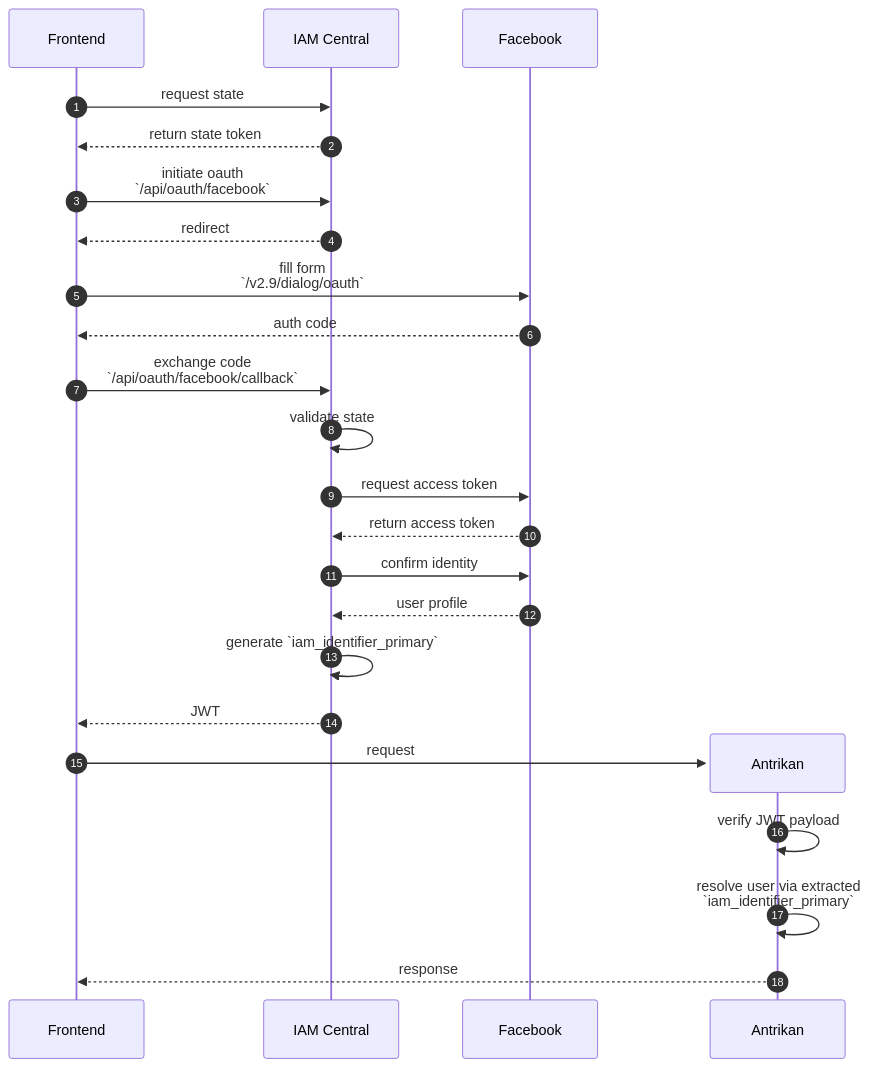
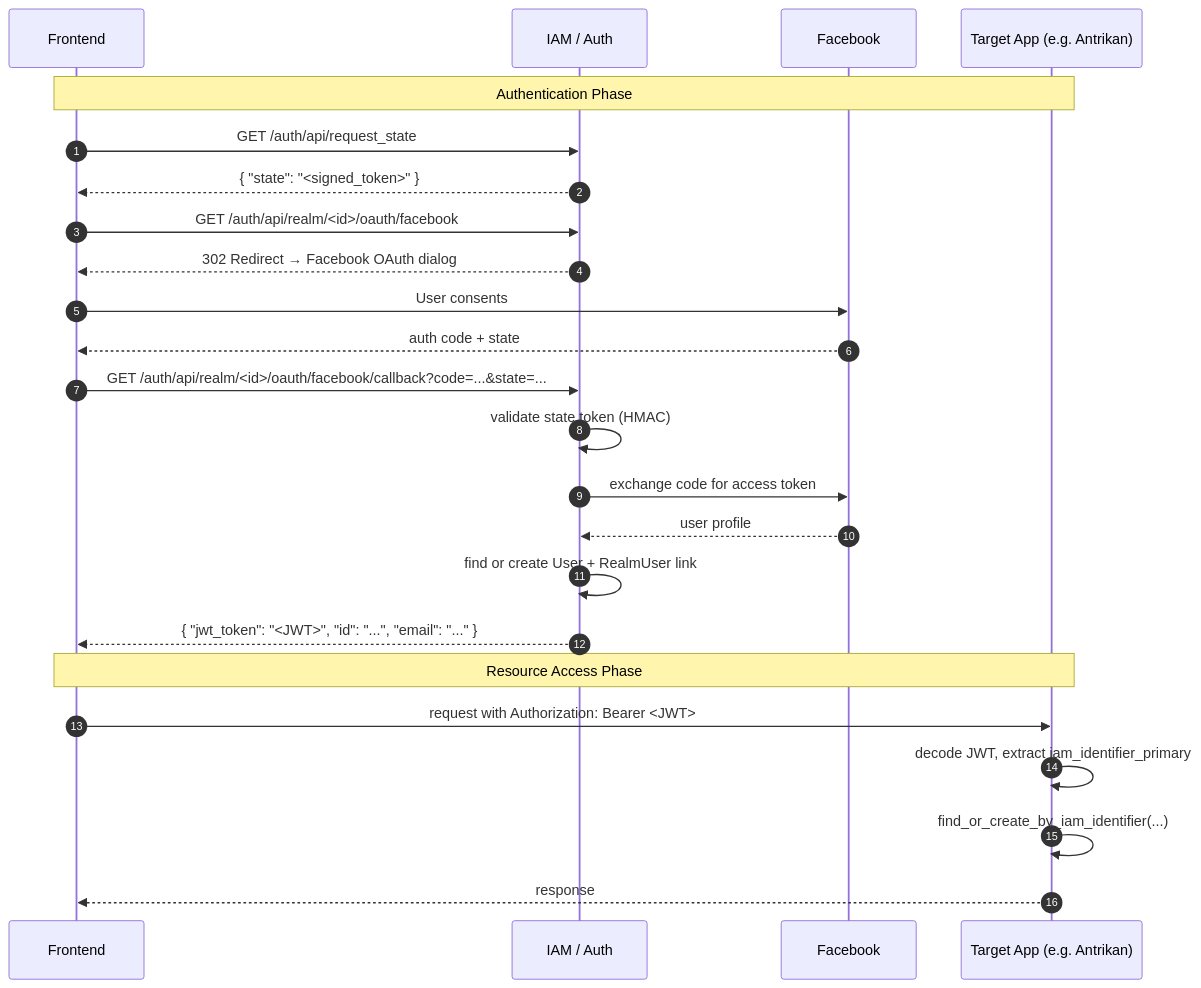
The first of 2 diagrams in backend/src/auth/README.md (systatum/ligo), drawn with Mermaid before and after one commit. The commit also changed other lines of this file and 41 other files, not shown here.

First line of the commit message:
[Feature] SYST-686: Introduce app realm with proper calling back mechanism (and rename the provider model) (#118)

````diff
--- a/backend/src/auth/README.md
+++ b/backend/src/auth/README.md
@@ -33,33 +37,32 @@
 ```mermaid
 sequenceDiagram
     autonumber
     participant Frontend
-    
-    participant IAMCentral as IAM Central
-    
+    participant IAM as IAM / Auth
     participant Facebook
+    participant TargetApp as Target App (e.g. Antrikan)
 
-    Frontend->>IAMCentral: request state
-    IAMCentral-->>Frontend: return state token
-    Frontend->>IAMCentral: initiate oauth<br/>`/api/oauth/facebook`
-    IAMCentral-->>Frontend: redirect
-    Frontend->>Facebook: fill form<br/>`/v2.9/dialog/oauth`
-    Facebook-->>Frontend: auth code
-    Frontend->>IAMCentral: exchange code<br/>`/api/oauth/facebook/callback`
-    
-    IAMCentral->>IAMCentral: validate state
-    IAMCentral->>Facebook: request access token
-    Facebook-->>IAMCentral: return access token
-    IAMCentral->>Facebook: confirm identity
-    Facebook-->>IAMCentral: user profile
-    
-    IAMCentral->>IAMCentral: generate `iam_identifier_primary`
-    IAMCentral-->>Frontend: JWT
+    Note over Frontend,TargetApp: Authentication Phase
 
-    create participant Antrikan
+    Frontend->>IAM: GET /auth/api/request_state
+    IAM-->>Frontend: { "state": "<signed_token>" }
 
-    Frontend->>Antrikan: request
-    Antrikan->>Antrikan: verify JWT payload
-    Antrikan->>Antrikan: resolve user via extracted<br/>`iam_identifier_primary`
-    Antrikan-->>Frontend: response
+    Frontend->>IAM: GET /auth/api/realm/<id>/oauth/facebook
+    IAM-->>Frontend: 302 Redirect → Facebook OAuth dialog
+    Frontend->>Facebook: User consents
+    Facebook-->>Frontend: auth code + state
+
+    Frontend->>IAM: GET /auth/api/realm/<id>/oauth/facebook/callback?code=...&state=...
+    IAM->>IAM: validate state token (HMAC)
+    IAM->>Facebook: exchange code for access token
+    Facebook-->>IAM: user profile
+    IAM->>IAM: find or create User + RealmUser link
+    IAM-->>Frontend: { "jwt_token": "<JWT>", "id": "...", "email": "..." }
+
+    Note over Frontend,TargetApp: Resource Access Phase
+
+    Frontend->>TargetApp: request with Authorization: Bearer <JWT>
+    TargetApp->>TargetApp: decode JWT, extract iam_identifier_primary
+    TargetApp->>TargetApp: find_or_create_by_iam_identifier(...)
+    TargetApp-->>Frontend: response
 ```
````
